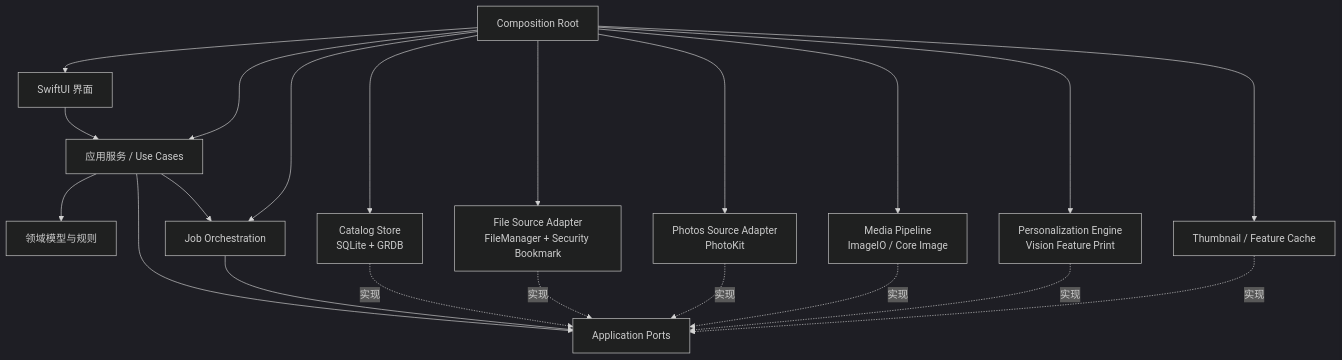
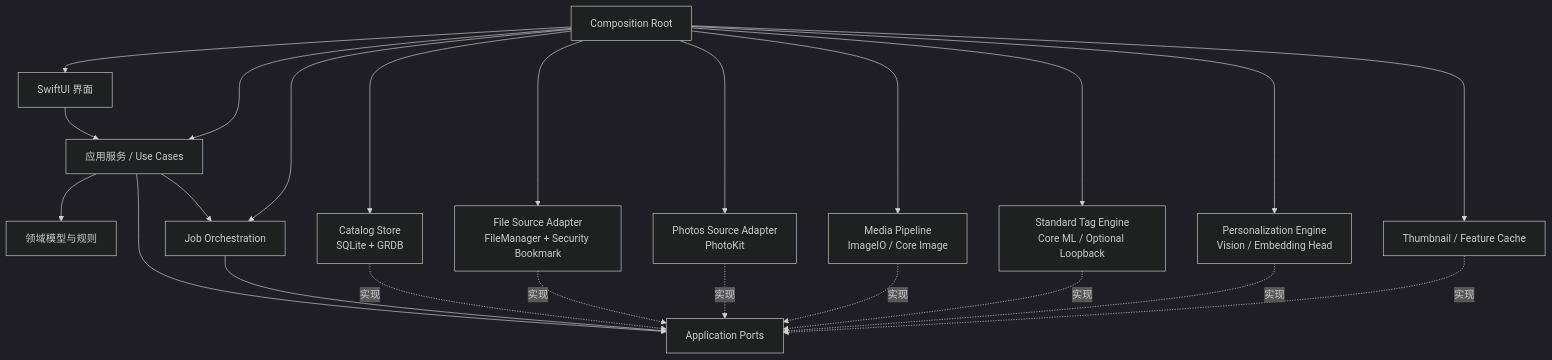
The second of 3 diagrams in docs/ARCHITECTURE.md (lgw2023/ImageAll), drawn with Mermaid (dark theme) before and after one commit. The commit also changed other lines of this file and 1 other file, not shown here.

First line of the commit message:
docs(codex): define dual-track tag architecture

````diff
--- a/docs/ARCHITECTURE.md
+++ b/docs/ARCHITECTURE.md
@@ -121,36 +132,39 @@
 ```mermaid
 flowchart TB
     Composition["Composition Root"]
     UI["SwiftUI 界面"]
     AppServices["应用服务 / Use Cases"]
     Domain["领域模型与规则"]
     Ports["Application Ports"]
     Jobs["Job Orchestration"]
     Store["Catalog Store\nSQLite + GRDB"]
     FileAdapter["File Source Adapter\nFileManager + Security Bookmark"]
     PhotosAdapter["Photos Source Adapter\nPhotoKit"]
     Media["Media Pipeline\nImageIO / Core Image"]
-    ML["Personalization Engine\nVision Feature Print"]
+    StandardML["Standard Tag Engine\nCore ML / Optional Loopback"]
+    PersonalML["Personalization Engine\nVision / Embedding Head"]
     Cache["Thumbnail / Feature Cache"]
 
     Composition --> UI
     Composition --> AppServices
     Composition --> Jobs
     Composition --> Store
     Composition --> FileAdapter
     Composition --> PhotosAdapter
     Composition --> Media
-    Composition --> ML
+    Composition --> StandardML
+    Composition --> PersonalML
     Composition --> Cache
     UI --> AppServices
     AppServices --> Domain
     AppServices --> Ports
     AppServices --> Jobs
     Jobs --> Ports
     FileAdapter -. "实现" .-> Ports
     PhotosAdapter -. "实现" .-> Ports
     Media -. "实现" .-> Ports
-    ML -. "实现" .-> Ports
+    StandardML -. "实现" .-> Ports
+    PersonalML -. "实现" .-> Ports
     Store -. "实现" .-> Ports
     Cache -. "实现" .-> Ports
 ```
````
